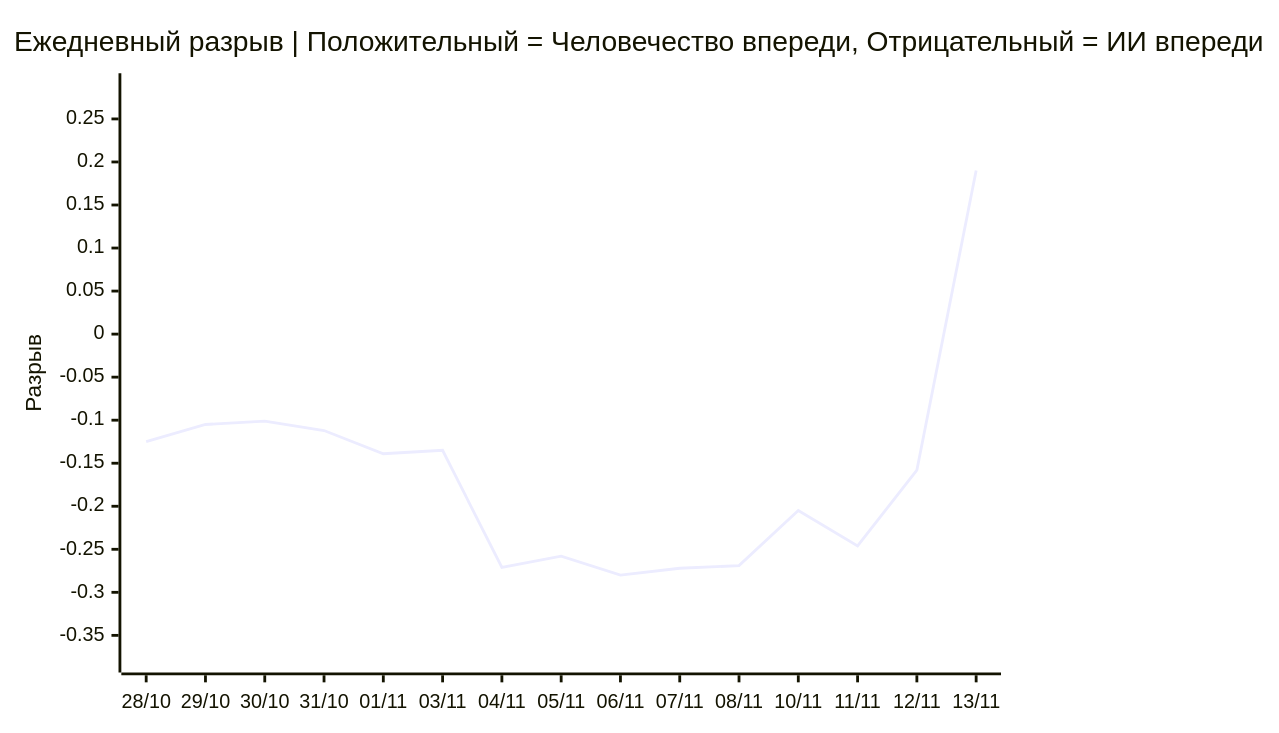
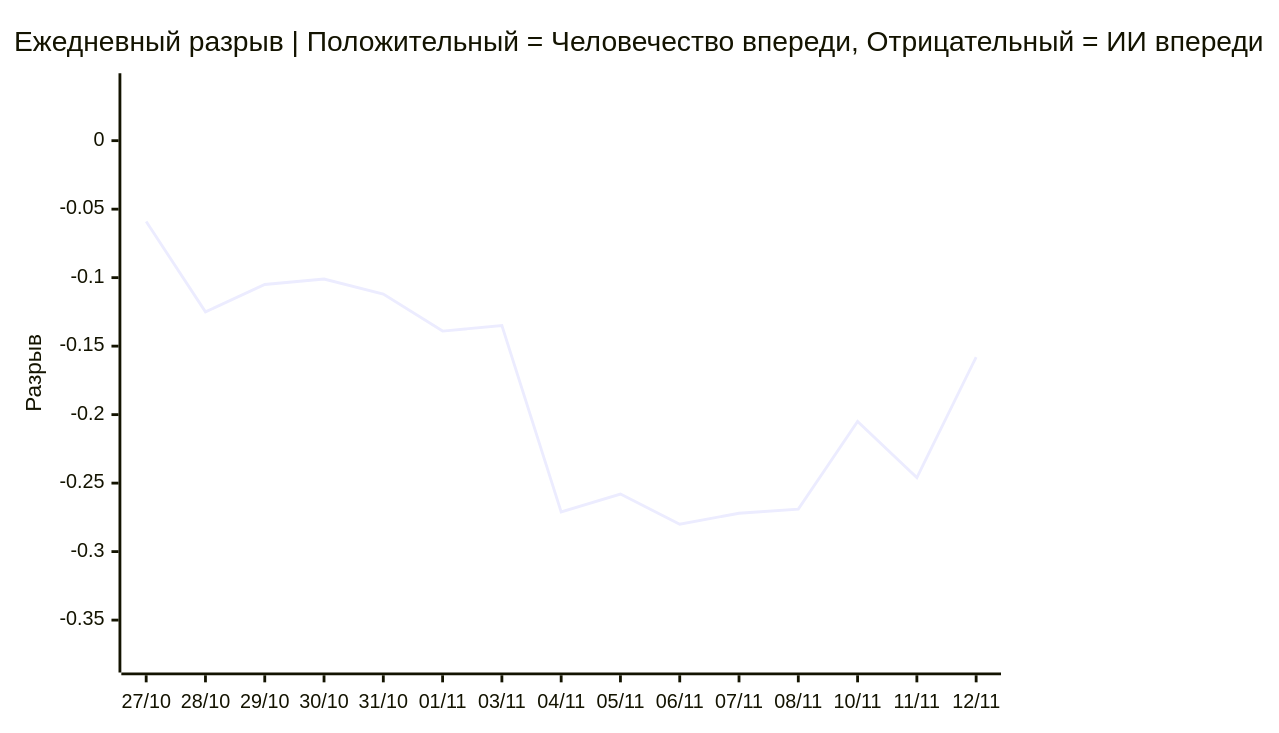
One commit to VQQLK/Human-AI-Monitor changed the third of 3 diagrams in README.ru.md. Above: the diagram before and after it, drawn with Mermaid. The commit also changed other lines of this file and 7 other files, not shown here.

````diff
--- a/README.ru.md
+++ b/README.ru.md
@@ -54,7 +54,7 @@
 ```mermaid
 xychart-beta
     title "Ежедневный разрыв | Положительный = Человечество впереди, Отрицательный = ИИ впереди"
-    x-axis ["28/10", "29/10", "30/10", "31/10", "01/11", "03/11", "04/11", "05/11", "06/11", "07/11", "08/11", "10/11", "11/11", "12/11", "13/11"]
-    y-axis "Разрыв" -0.380 --> 0.290
-    line [-0.125, -0.105, -0.101, -0.112, -0.139, -0.135, -0.271, -0.258, -0.280, -0.272, -0.269, -0.205, -0.246, -0.158, 0.190]
+    x-axis ["27/10", "28/10", "29/10", "30/10", "31/10", "01/11", "03/11", "04/11", "05/11", "06/11", "07/11", "08/11", "10/11", "11/11", "12/11"]
+    y-axis "Разрыв" -0.380 --> 0.041
+    line [-0.059, -0.125, -0.105, -0.101, -0.112, -0.139, -0.135, -0.271, -0.258, -0.280, -0.272, -0.269, -0.205, -0.246, -0.158]
 ```
````
